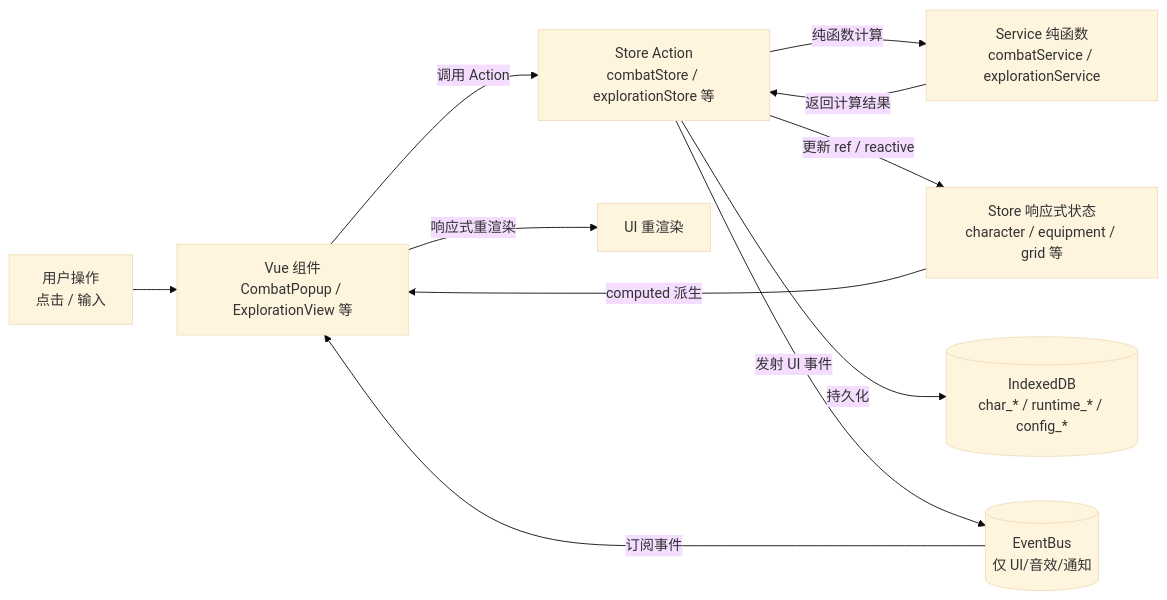
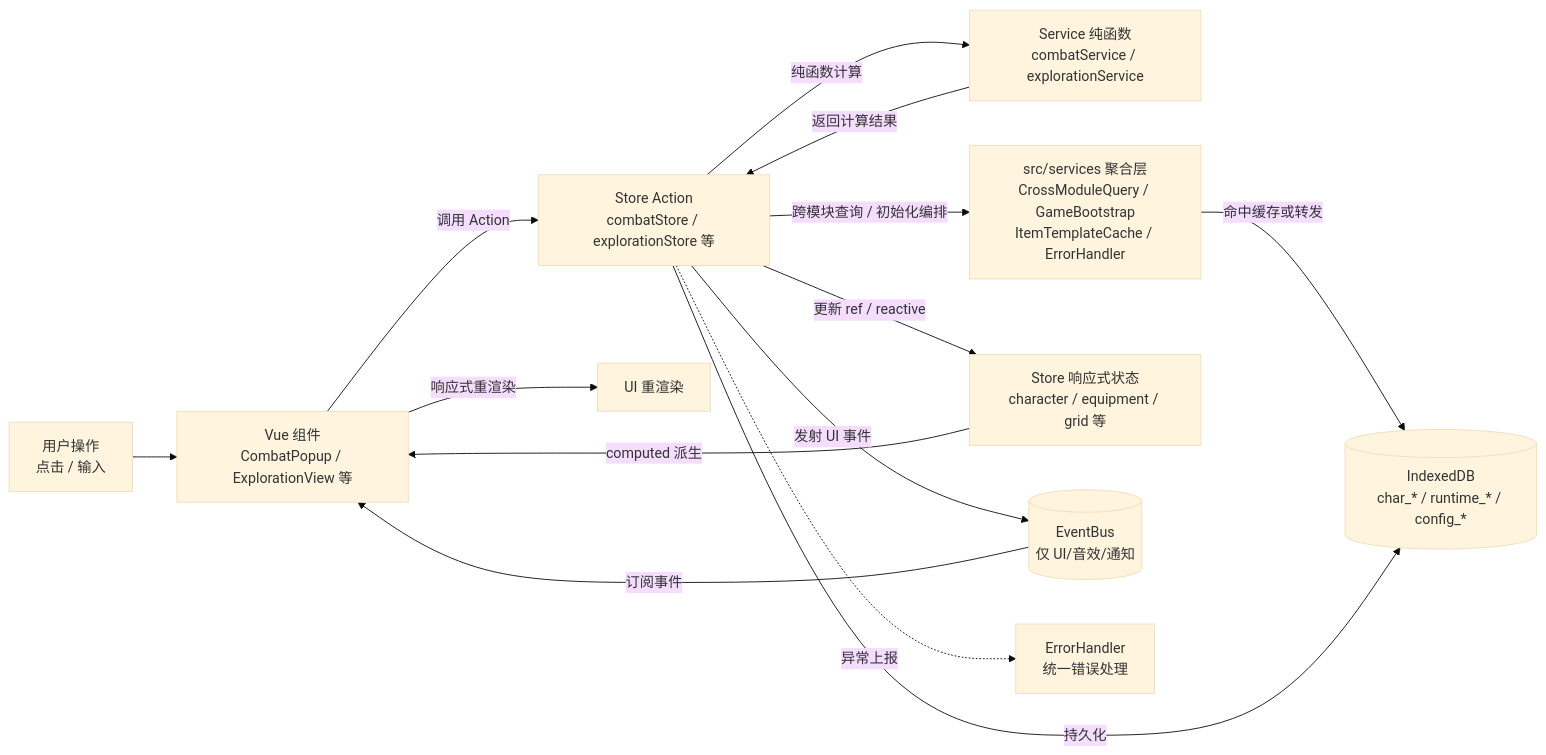
Before and after one commit to SonDemigods/wow_dnd: the first of 16 diagrams in doc/project/DATA_FLOW.md, drawn with Mermaid (base theme). The commit also changed other lines of this file and 5 other files, not shown here.

````diff
--- a/doc/project/DATA_FLOW.md
+++ b/doc/project/DATA_FLOW.md
@@ -27,14 +27,17 @@
 ```mermaid
 flowchart LR
     %% 全局数据流向：用户操作 → UI 重渲染
     User[用户操作<br/>点击 / 输入] --> Component[Vue 组件<br/>CombatPopup / ExplorationView 等]
     Component -->|调用 Action| StoreAction[Store Action<br/>combatStore / explorationStore 等]
     StoreAction -->|纯函数计算| Service[Service 纯函数<br/>combatService / explorationService]
     Service -->|返回计算结果| StoreAction
+    StoreAction -->|跨模块查询 / 初始化编排| ServicesLayer[src/services 聚合层<br/>CrossModuleQuery / GameBootstrap<br/>ItemTemplateCache / ErrorHandler]
+    ServicesLayer -->|命中缓存或转发| DB
     StoreAction -->|更新 ref / reactive| State[Store 响应式状态<br/>character / equipment / grid 等]
     StoreAction -->|持久化| DB[(IndexedDB<br/>char_* / runtime_* / config_*)]
     StoreAction -->|发射 UI 事件| EventBus[(EventBus<br/>仅 UI/音效/通知)]
+    StoreAction -.->|异常上报| ErrorHandler[ErrorHandler<br/>统一错误处理]
     EventBus -->|订阅事件| Component
     State -->|computed 派生| Component
     Component -->|响应式重渲染| UI[UI 重渲染]
 ```
````
